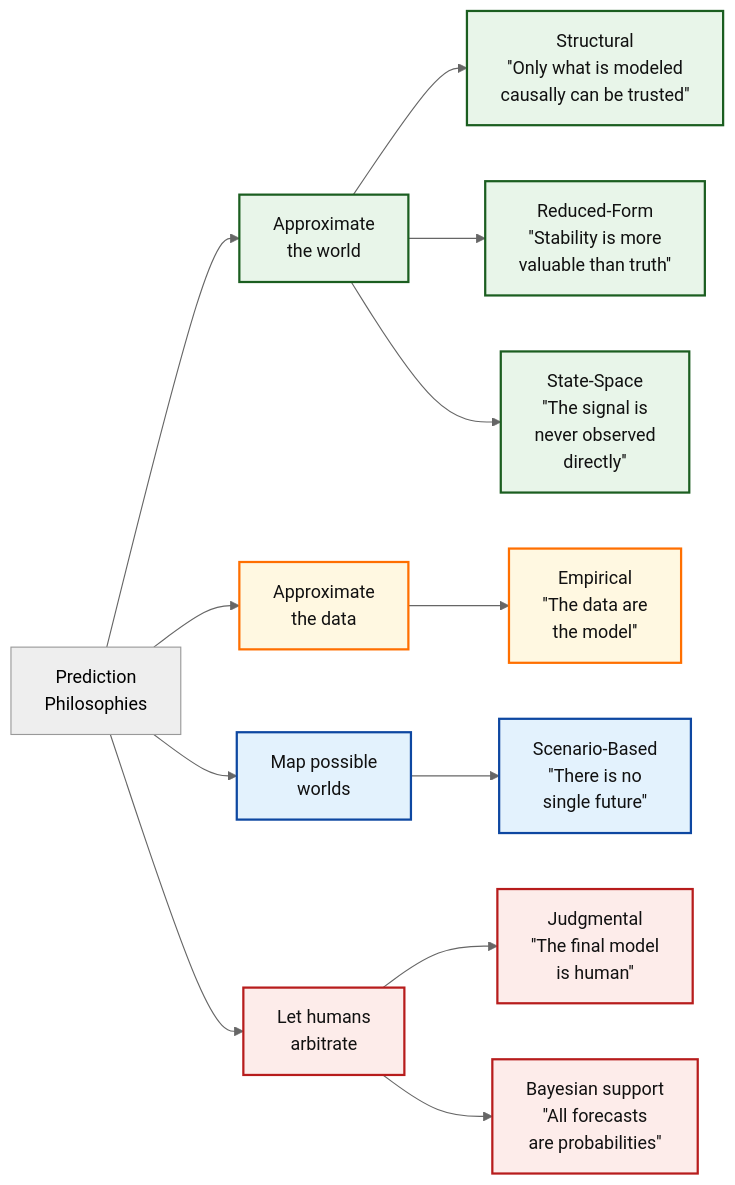
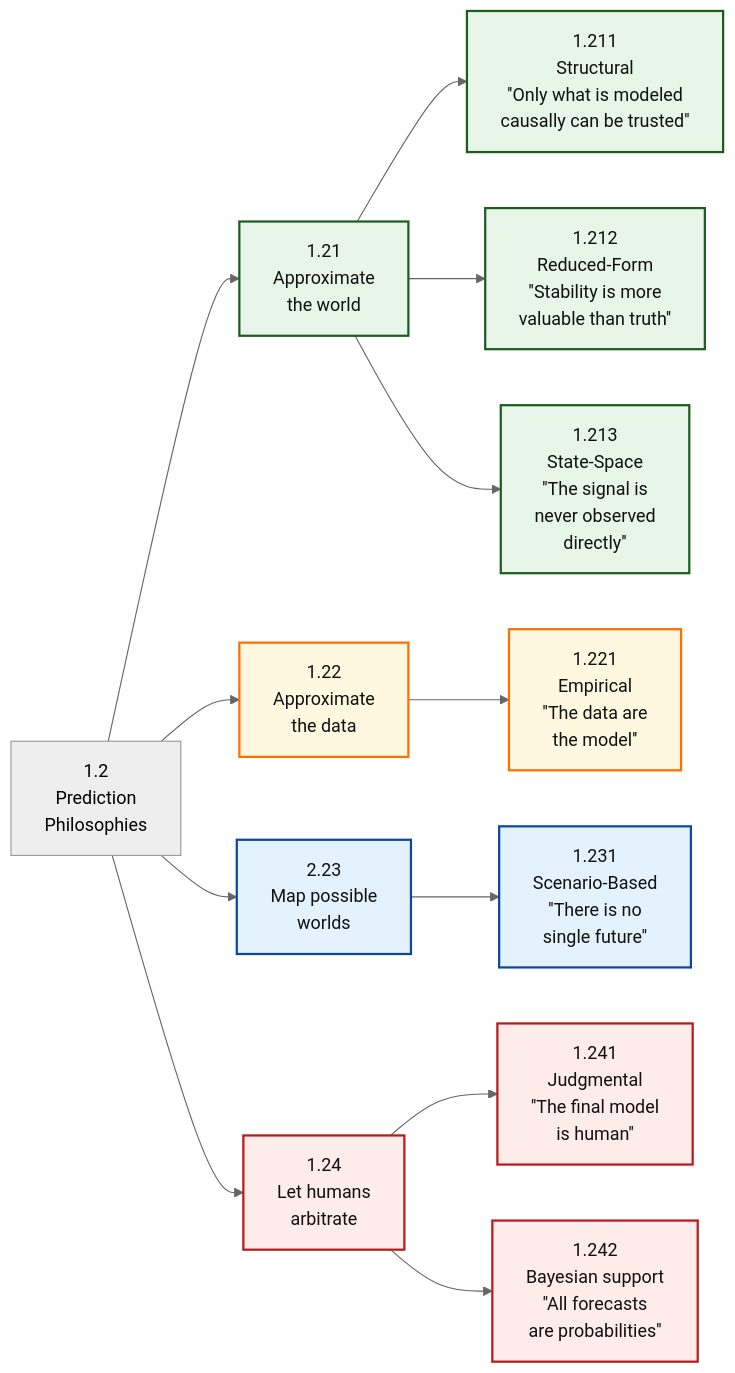
One commit to Tellusant/docs changed the diagram in articles-posts/predictive-model-evaluation-framework.md. Above: the diagram before and after it, drawn with Mermaid (neutral theme). The commit also changed other lines of this file, not shown here.

```diff
--- a/articles-posts/predictive-model-evaluation-framework.md
+++ b/articles-posts/predictive-model-evaluation-framework.md
@@ -26,42 +26,42 @@
 <div class="mermaid">
 
 flowchart LR
 
 %% ========= NODES =========
-P["Prediction<br/>Philosophies"]:::none
+P["1.2<br/>Prediction<br/>Philosophies"]:::none
 
-AW["Approximate<br/>the world"]:::strong
-AD["Approximate<br/>the data"]:::mixed
-PW["Map possible<br/>worlds"]:::neutral
-HA["Let humans<br/>arbitrate"]:::risk
+AW["1.21<br/>Approximate<br/>the world"]:::strong
+AD["1.22<br/>Approximate<br/>the data"]:::mixed
+PW["2.23<br/>Map possible<br/>worlds"]:::neutral
+HA["1.24<br/>Let humans<br/>arbitrate"]:::risk
 
-EMP["Empirical<br/>''The data are<br/>the model''"]:::mixed
-STR["Structural<br/>''Only what is modeled<br/>causally can be trusted''"]:::strong
-RED["Reduced-Form<br/>''Stability is more<br/>valuable than truth''"]:::strong
-STA["State-Space<br/>''The signal is<br/>never observed<br/>directly''"]:::strong
-SCE["Scenario-Based<br/>''There is no<br/>single future''"]:::neutral
-JUD["Judgmental<br/>''The final model<br/>is human''"]:::risk
-BAY["Bayesian support<br/>''All forecasts<br/>are probabilities''"]:::risk
+STR["1.211<br/>Structural<br/>''Only what is modeled<br/>causally can be trusted''"]:::strong
+RED["1.212<br/>Reduced-Form<br/>''Stability is more<br/>valuable than truth''"]:::strong
+STA["1.213<br/>State-Space<br/>''The signal is<br/>never observed<br/>directly''"]:::strong
+EMP["1.221<br/>Empirical<br/>''The data are<br/>the model''"]:::mixed
+SCE["1.231<br/>Scenario-Based<br/>''There is no<br/>single future''"]:::neutral
+JUD["1.241<br/>Judgmental<br/>''The final model<br/>is human''"]:::risk
+BAY["1.242<br/>Bayesian support<br/>''All forecasts<br/>are probabilities''"]:::risk
 
 %% ========= RELATIONSHIPS =========
 P --> AW
 P --> AD
 P --> PW
 P --> HA
 AW --> STR
 AW --> RED
 AW --> STA
 AD --> EMP
 PW --> SCE
 HA --> JUD
 HA --> BAY
 
 %% ========= STYLES =========
 classDef strong  fill:#E8F5E9,stroke:#1B5E20,stroke-width:2px,color:#111;
 classDef neutral fill:#E3F2FD,stroke:#0D47A1,stroke-width:2px,color:#111;
 classDef mixed   fill:#FFF8E1,stroke:#FF6F00,stroke-width:2px,color:#111;
 classDef risk    fill:#FDECEA,stroke:#B71C1C,stroke-width:2px,color:#111;
 classDef summary fill:#F5F5F5,stroke:#424242,stroke-width:2px,color:#111;
 classDef anchor fill:transparent,stroke:transparent;
 
 </div>
```
